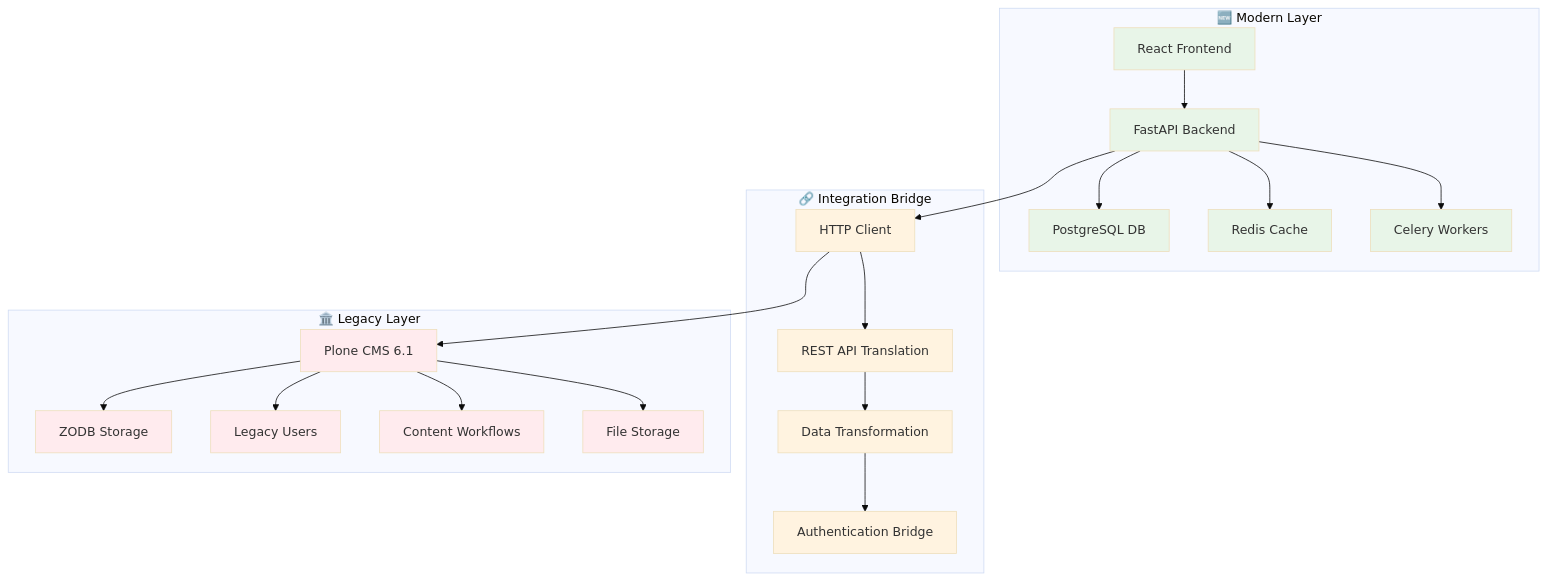
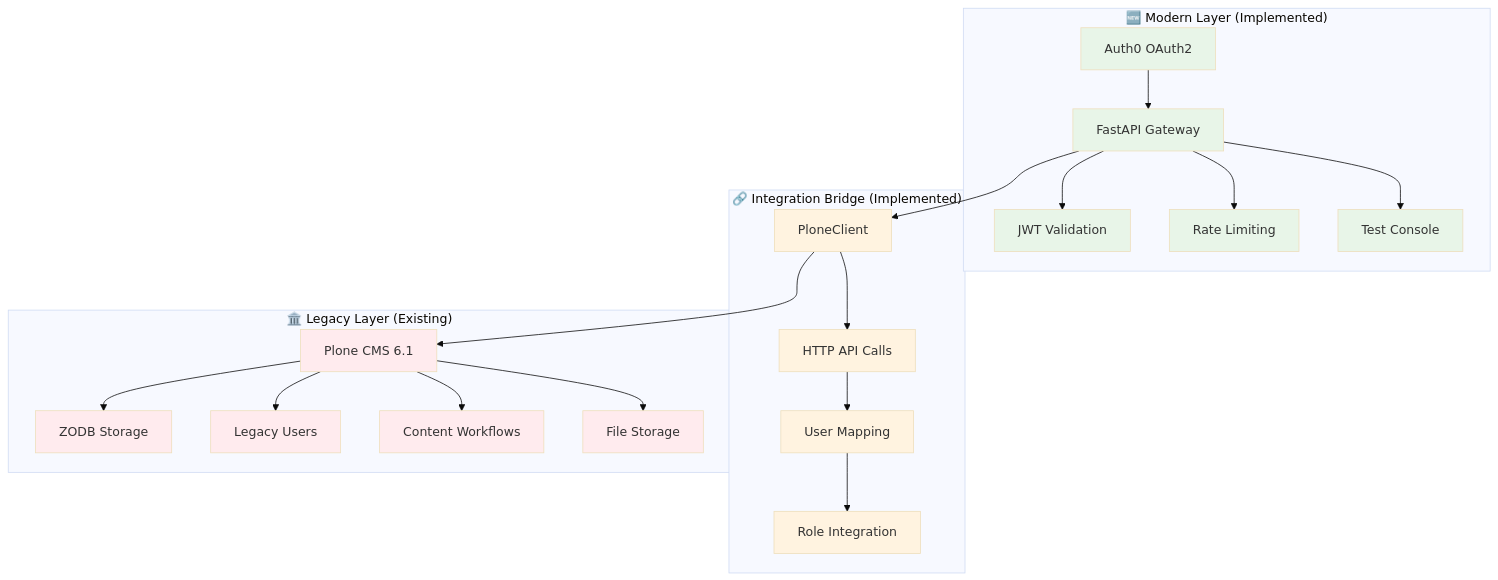
The first of 2 diagrams in docs/architecture/tech-stack-overview.md (ryanmosz/eduhub), drawn with Mermaid (base theme) before and after one commit. The commit also changed other lines of this file and 7 other files, not shown here.

````diff
--- a/docs/architecture/tech-stack-overview.md
+++ b/docs/architecture/tech-stack-overview.md
@@ -20,40 +20,40 @@
 ```mermaid
 graph TB
-    subgraph "🆕 Modern Layer"
-        A[React Frontend] --> B[FastAPI Backend]
-        B --> C[PostgreSQL DB]
-        B --> D[Redis Cache]
-        B --> E[Celery Workers]
+    subgraph "🆕 Modern Layer (Implemented)"
+        A[Auth0 OAuth2] --> B[FastAPI Gateway]
+        B --> C[JWT Validation]
+        B --> D[Rate Limiting]
+        B --> E[Test Console]
     end
 
-    subgraph "🔗 Integration Bridge"
-        F[HTTP Client] --> G[REST API Translation]
-        G --> H[Data Transformation]
-        H --> I[Authentication Bridge]
+    subgraph "🔗 Integration Bridge (Implemented)"
+        F[PloneClient] --> G[HTTP API Calls]
+        G --> H[User Mapping]
+        H --> I[Role Integration]
     end
 
-    subgraph "🏛️ Legacy Layer"
+    subgraph "🏛️ Legacy Layer (Existing)"
         J[Plone CMS 6.1] --> K[ZODB Storage]
         J --> L[Legacy Users]
         J --> M[Content Workflows]
         J --> N[File Storage]
     end
 
     B --> F
     F --> J
 
     style A fill:#e8f5e8
     style B fill:#e8f5e8
     style C fill:#e8f5e8
     style D fill:#e8f5e8
     style E fill:#e8f5e8
     style F fill:#fff3e0
     style G fill:#fff3e0
     style H fill:#fff3e0
     style I fill:#fff3e0
     style J fill:#ffebee
     style K fill:#ffebee
     style L fill:#ffebee
     style M fill:#ffebee
     style N fill:#ffebee
 ```
````
